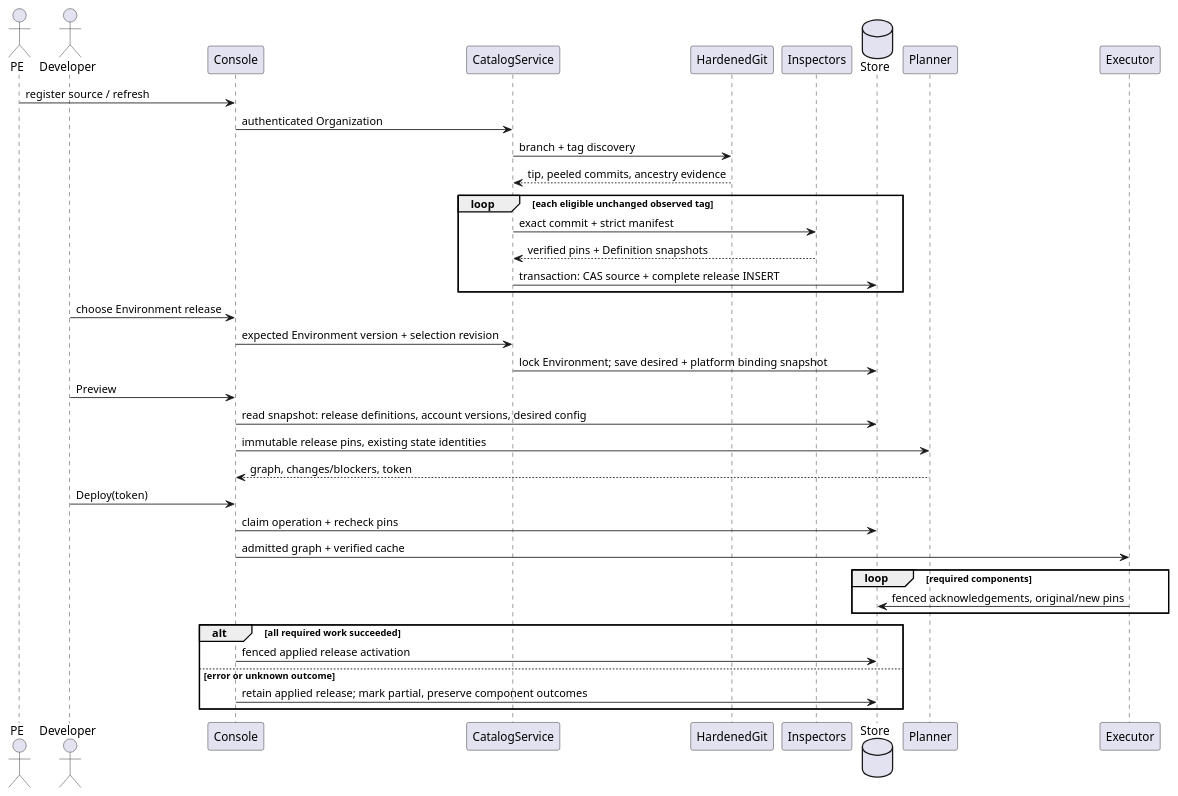
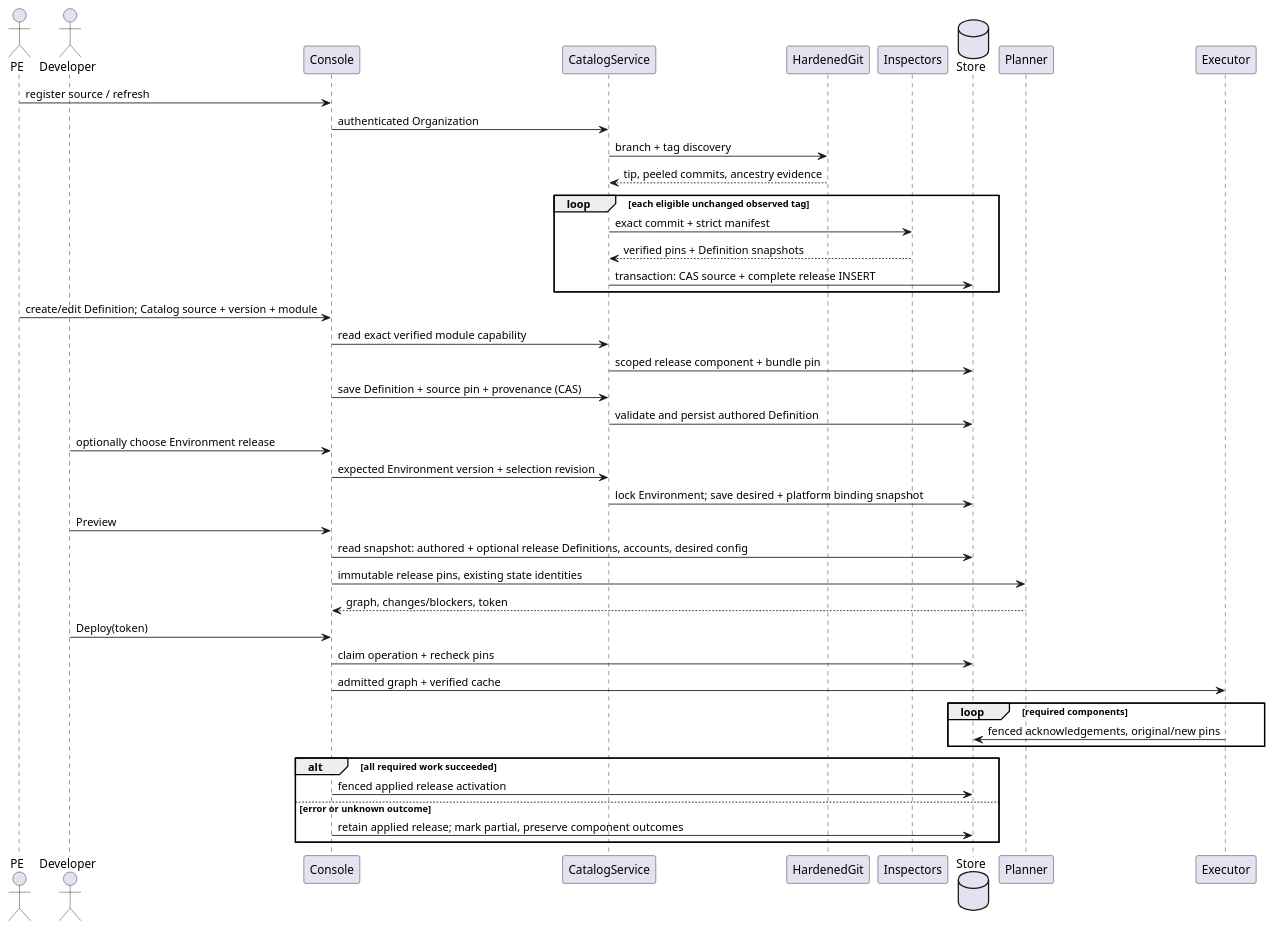
One commit to pr3s3nt/poc changed the diagram in orchestrator_docs/usecase/UC-03/catalog-releases-sequence.puml. Above: the diagram before and after it, drawn with PlantUML. The commit also changed 70 other files, not shown here.

Commit message:
Restore Definition forms and add pinned Catalog Terraform modules

```diff
--- a/orchestrator_docs/usecase/UC-03/catalog-releases-sequence.puml
+++ b/orchestrator_docs/usecase/UC-03/catalog-releases-sequence.puml
@@ -1,38 +1,43 @@
 @startuml
 actor PE
 actor Developer
 participant Console
 participant CatalogService
 participant HardenedGit
 participant Inspectors
 database Store
 participant Planner
 participant Executor
 PE -> Console : register source / refresh
 Console -> CatalogService : authenticated Organization
 CatalogService -> HardenedGit : branch + tag discovery
 HardenedGit --> CatalogService : tip, peeled commits, ancestry evidence
 loop each eligible unchanged observed tag
  CatalogService -> Inspectors : exact commit + strict manifest
  Inspectors --> CatalogService : verified pins + Definition snapshots
  CatalogService -> Store : transaction: CAS source + complete release INSERT
 end
-Developer -> Console : choose Environment release
+PE -> Console : create/edit Definition; Catalog source + version + module
+Console -> CatalogService : read exact verified module capability
+CatalogService -> Store : scoped release component + bundle pin
+Console -> CatalogService : save Definition + source pin + provenance (CAS)
+CatalogService -> Store : validate and persist authored Definition
+Developer -> Console : optionally choose Environment release
 Console -> CatalogService : expected Environment version + selection revision
 CatalogService -> Store : lock Environment; save desired + platform binding snapshot
 Developer -> Console : Preview
-Console -> Store : read snapshot: release definitions, account versions, desired config
+Console -> Store : read snapshot: authored + optional release Definitions, accounts, desired config
 Console -> Planner : immutable release pins, existing state identities
 Planner --> Console : graph, changes/blockers, token
 Developer -> Console : Deploy(token)
 Console -> Store : claim operation + recheck pins
 Console -> Executor : admitted graph + verified cache
 loop required components
  Executor -> Store : fenced acknowledgements, original/new pins
 end
 alt all required work succeeded
  Console -> Store : fenced applied release activation
 else error or unknown outcome
  Console -> Store : retain applied release; mark partial, preserve component outcomes
 end
 @enduml
```
